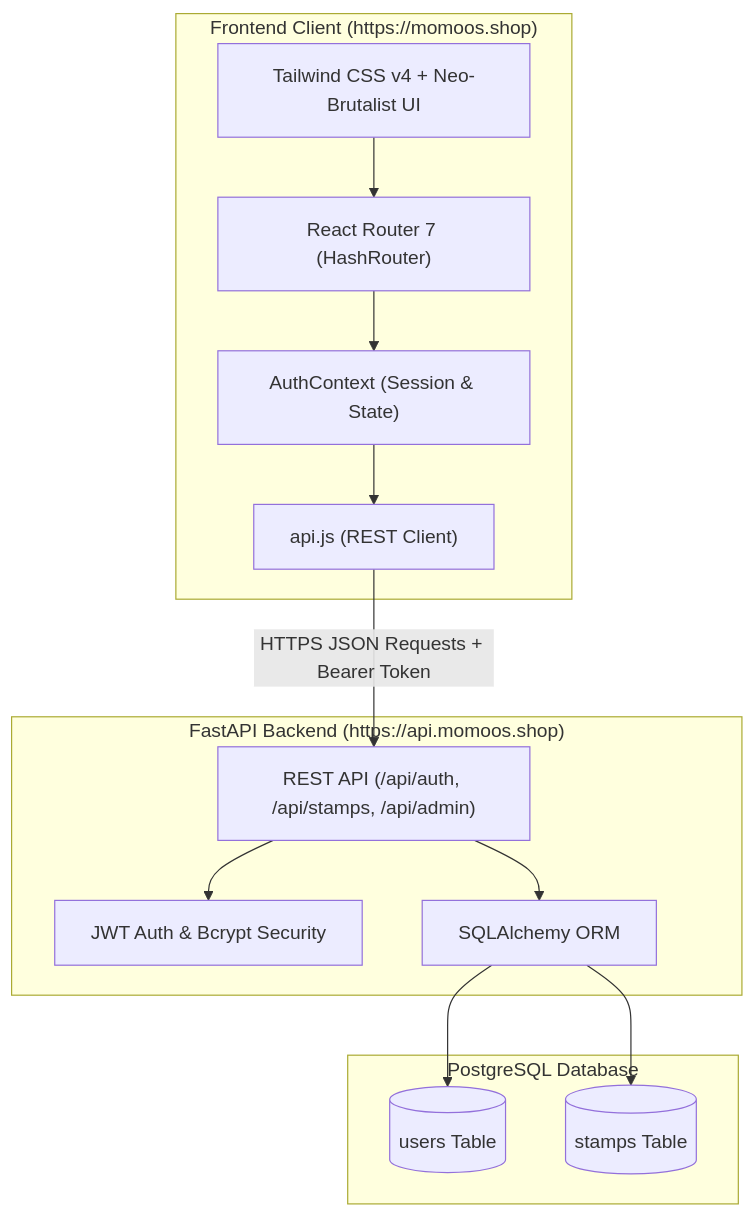
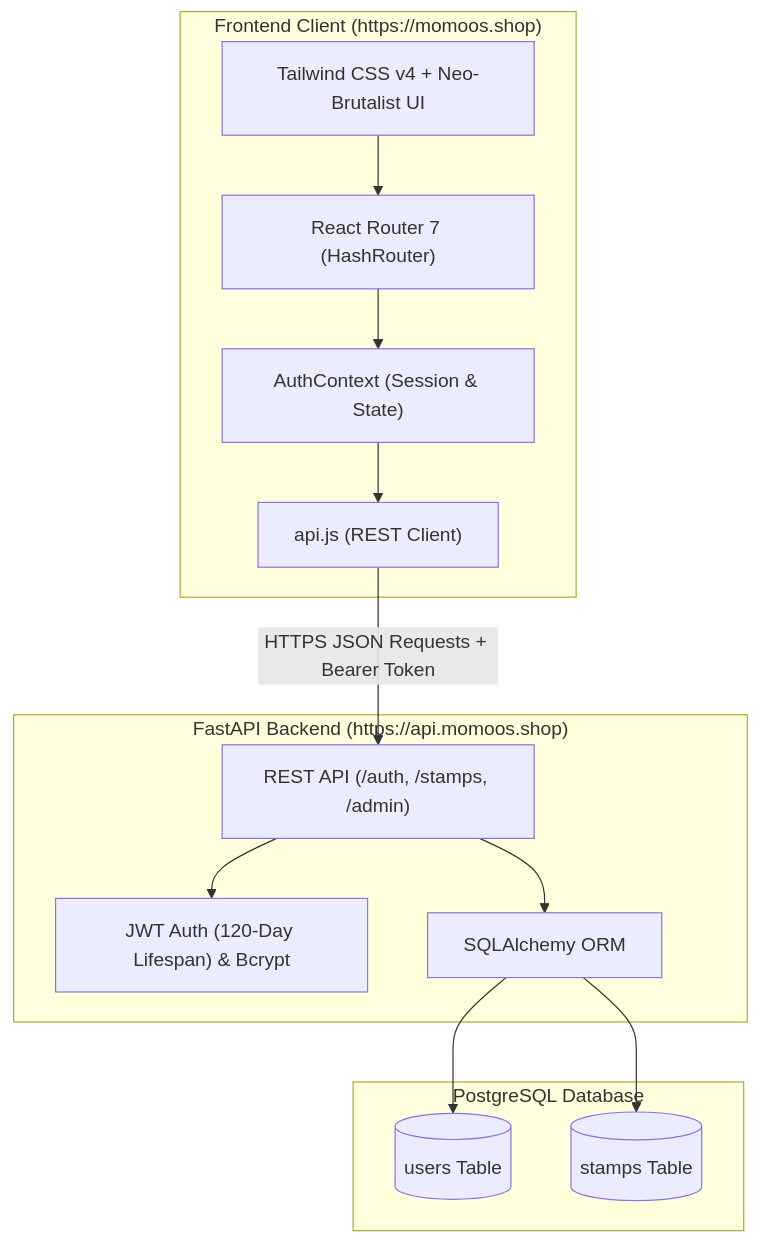
Before and after one commit to Joshi-labs/Project-Momos: the diagram in README.md, drawn with Mermaid. The commit also changed other lines of this file and 6 other files, not shown here.

````diff
--- a/README.md
+++ b/README.md
@@ -74,32 +74,32 @@
 ```mermaid
 flowchart TD
     subgraph Client["Frontend Client (https://momoos.shop)"]
         UI["Tailwind CSS v4 + Neo-Brutalist UI"]
         Router["React Router 7 (HashRouter)"]
         AuthCtx["AuthContext (Session & State)"]
         API["api.js (REST Client)"]
         
         UI --> Router
         Router --> AuthCtx
         AuthCtx --> API
     end
 
     subgraph Backend["FastAPI Backend (https://api.momoos.shop)"]
-        Endpoints["REST API (/api/auth, /api/stamps, /api/admin)"]
-        JWT["JWT Auth & Bcrypt Security"]
+        Endpoints["REST API (/auth, /stamps, /admin)"]
+        JWT["JWT Auth (120-Day Lifespan) & Bcrypt"]
         ORM["SQLAlchemy ORM"]
         
         Endpoints --> JWT
         Endpoints --> ORM
     end
 
     subgraph Database["PostgreSQL Database"]
         UsersTable[("users Table")]
         StampsTable[("stamps Table")]
         
         ORM --> UsersTable
         ORM --> StampsTable
     end
 
     API -- "HTTPS JSON Requests + Bearer Token" --> Endpoints
 ```
````
